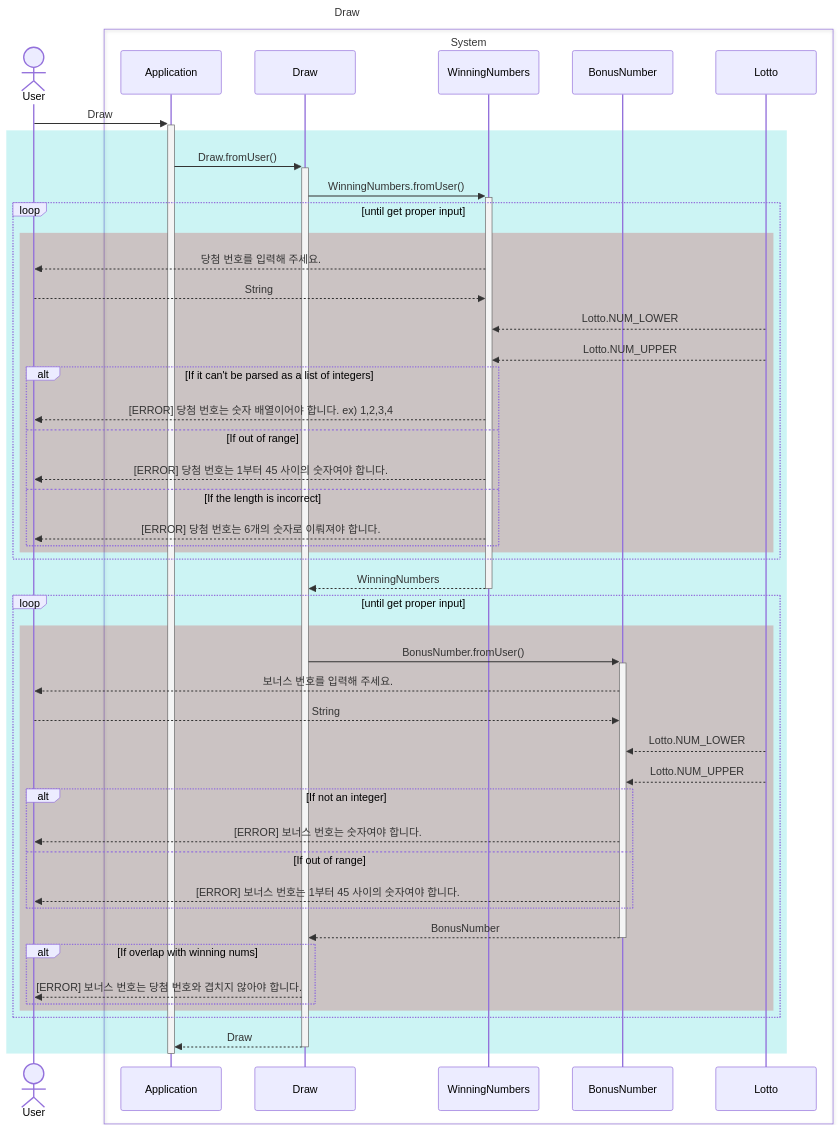
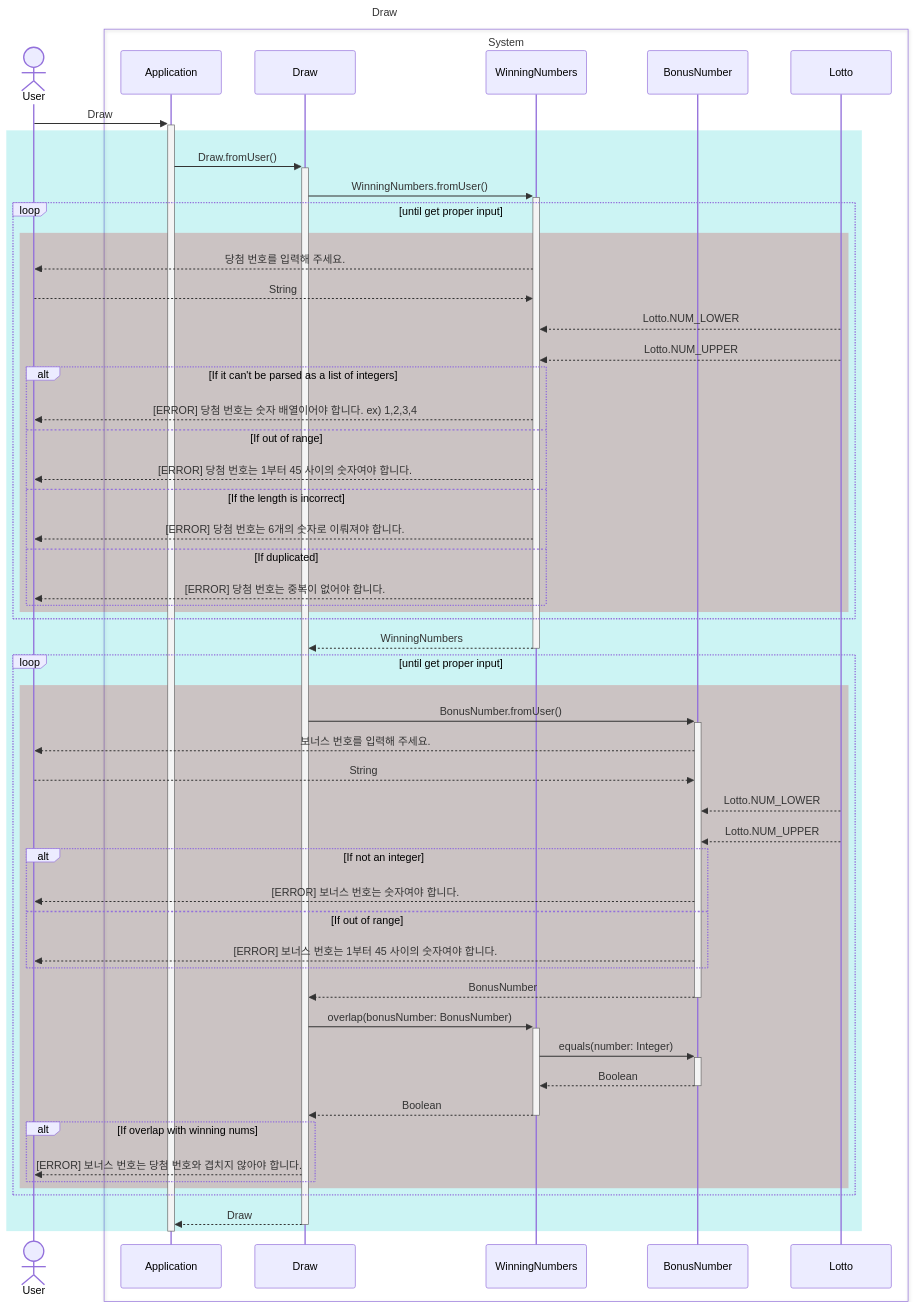
The fourth of 6 diagrams in docs/README.md (gdsc-konkuk/23-24_study_2nd_java-lotto-6), drawn with Mermaid before and after one commit. The commit also changed other lines of this file and 2 other files, not shown here.

Commit message:
feat: WinningNumbers

````diff
--- a/docs/README.md
+++ b/docs/README.md
@@ -173,64 +173,70 @@
 ```mermaid
 ---
 title: Draw
 ---
 sequenceDiagram
     actor User
     box System
         participant Application
         participant Draw
         participant WinningNumbers
         participant BonusNumber
         participant Lotto
     end
 
     User ->>+ Application: Draw
     rect rgb(0, 200, 200, 0.2)
         Application ->>+ Draw: Draw.fromUser()
         Draw ->>+ WinningNumbers: WinningNumbers.fromUser()
 
         loop until get proper input
             rect rgb(200, 0, 0, 0.2)
                 WinningNumbers -->> User: 당첨 번호를 입력해 주세요.
                 User -->> WinningNumbers: String
                 Lotto -->> WinningNumbers: Lotto.NUM_LOWER
                 Lotto -->> WinningNumbers: Lotto.NUM_UPPER
                 alt If it can't be parsed as a list of integers
                     WinningNumbers -->> User: [ERROR] 당첨 번호는 숫자 배열이어야 합니다. ex) 1,2,3,4
                 else If out of range
                     WinningNumbers -->> User: [ERROR] 당첨 번호는 1부터 45 사이의 숫자여야 합니다.
                 else If the length is incorrect
                     WinningNumbers -->> User: [ERROR] 당첨 번호는 6개의 숫자로 이뤄져야 합니다.
+                else If duplicated
+                    WinningNumbers -->> User: [ERROR] 당첨 번호는 중복이 없어야 합니다.
                 end
 
             end
         end
 
         WinningNumbers -->>- Draw: WinningNumbers
 
         loop until get proper input
             rect rgb(200, 0, 0, 0.2)
                 Draw ->>+ BonusNumber: BonusNumber.fromUser()
                 BonusNumber -->> User: 보너스 번호를 입력해 주세요.
                 User -->> BonusNumber: String
                 Lotto -->> BonusNumber: Lotto.NUM_LOWER
                 Lotto -->> BonusNumber: Lotto.NUM_UPPER
+
                 alt If not an integer
                     BonusNumber -->> User: [ERROR] 보너스 번호는 숫자여야 합니다.
                 else If out of range
                     BonusNumber -->> User: [ERROR] 보너스 번호는 1부터 45 사이의 숫자여야 합니다.
                 end
 
                 BonusNumber -->>- Draw: BonusNumber
-
+                Draw ->>+ WinningNumbers: overlap(bonusNumber: BonusNumber)
+                WinningNumbers ->>+ BonusNumber: equals(number: Integer)
+                BonusNumber -->>- WinningNumbers: Boolean
+                WinningNumbers -->>- Draw: Boolean
                 alt If overlap with winning nums
                     Draw -->> User: [ERROR] 보너스 번호는 당첨 번호와 겹치지 않아야 합니다.
                 end
             end
         end
 
         Draw -->>- Application: Draw
     end
 
     deactivate Application
 ```
````
